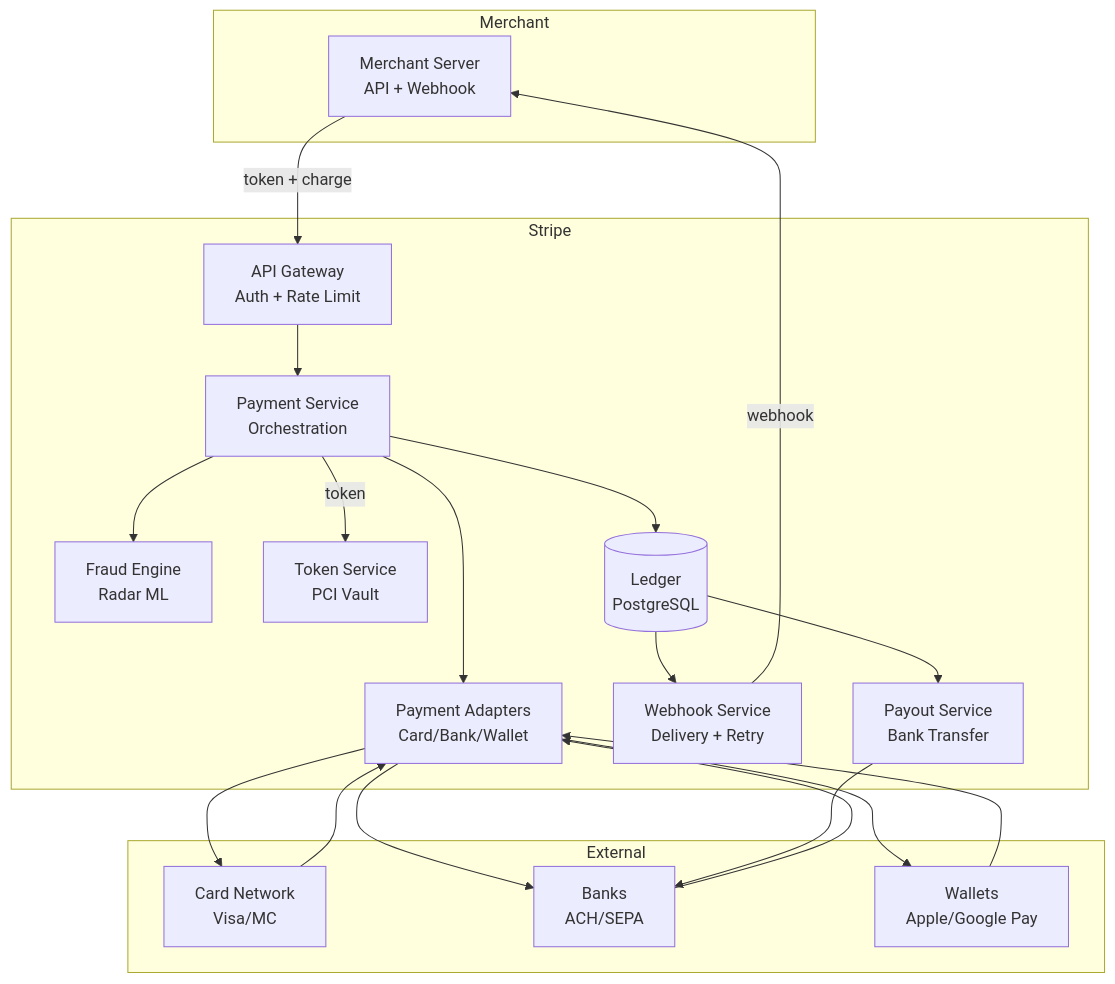
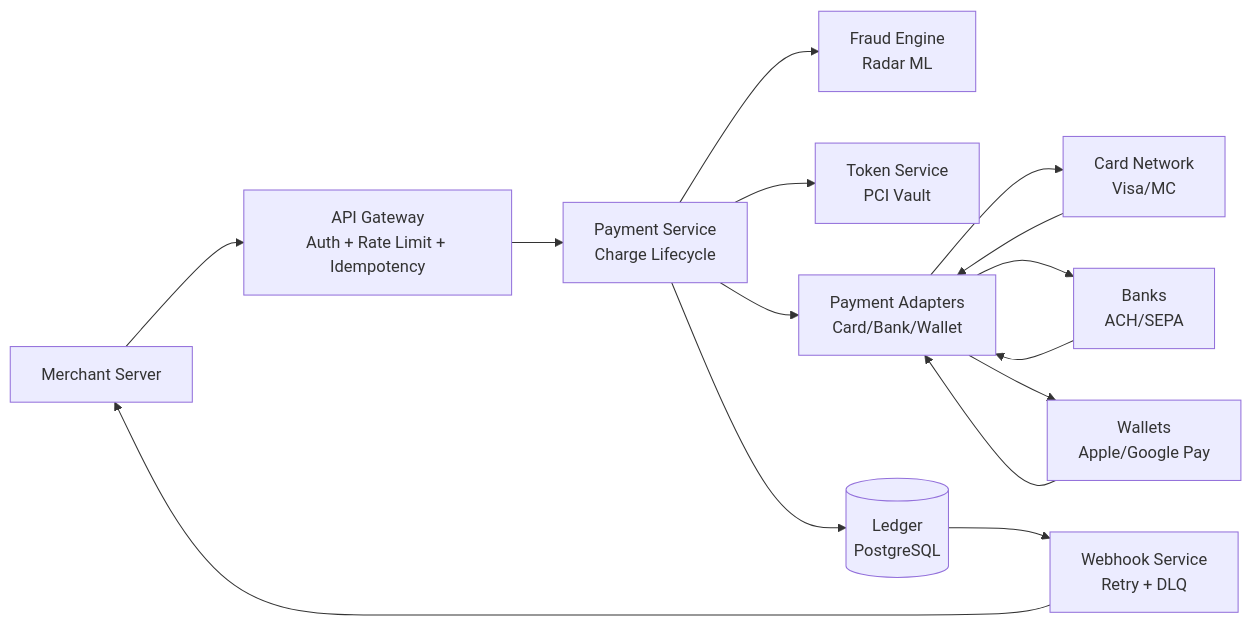
Before and after one commit to abhishekghoshh/system-design-helper: the first of 9 diagrams in docs/system-design/high-level/designing/advanced/stripe.md, drawn with Mermaid. The commit also changed other lines of this file and 107 other files, not shown here.

````diff
--- a/docs/system-design/high-level/designing/advanced/stripe.md
+++ b/docs/system-design/high-level/designing/advanced/stripe.md
@@ -200,37 +51,17 @@
 ```mermaid
-graph TD
-  subgraph "Merchant"
-    M[Merchant Server<br/>API + Webhook]
-  end
-  subgraph "Stripe"
-    GW[API Gateway<br/>Auth + Rate Limit]
-    PS[Payment Service<br/>Orchestration]
-    FA[Fraud Engine<br/>Radar ML]
-    TS[Token Service<br/>PCI Vault]
-    PA[Payment Adapters<br/>Card/Bank/Wallet]
-    LD[(Ledger<br/>PostgreSQL)]
-    WS[Webhook Service<br/>Delivery + Retry]
-    PSvc[Payout Service<br/>Bank Transfer]
-  end
-  subgraph "External"
-    CN[Card Network<br/>Visa/MC]
-    BK[Banks<br/>ACH/SEPA]
-    WAL[Wallets<br/>Apple/Google Pay]
-  end
-  M -->|token + charge| GW
-  GW --> PS
-  PS -->|token| TS
-  PS --> FA
-  PS --> PA
-  PA --> CN
-  PA --> BK
-  PA --> WAL
-  PS --> LD
-  LD --> WS
-  LD --> PSvc
-  WS -->|webhook| M
-  PSvc --> BK
-  CN --> PA
-  BK --> PA
-  WAL --> PA
+flowchart LR
+    M[Merchant Server] --> GW[API Gateway<br/>Auth + Rate Limit + Idempotency]
+    GW --> PS[Payment Service<br/>Charge Lifecycle]
+    PS --> FA[Fraud Engine<br/>Radar ML]
+    PS --> TS[Token Service<br/>PCI Vault]
+    PS --> PA[Payment Adapters<br/>Card/Bank/Wallet]
+    PS --> LD[(Ledger<br/>PostgreSQL)]
+    LD --> WS[Webhook Service<br/>Retry + DLQ]
+    PA --> CN[Card Network<br/>Visa/MC]
+    PA --> BK[Banks<br/>ACH/SEPA]
+    PA --> WAL[Wallets<br/>Apple/Google Pay]
+    CN --> PA
+    BK --> PA
+    WAL --> PA
+    WS --> M
 ```
````
